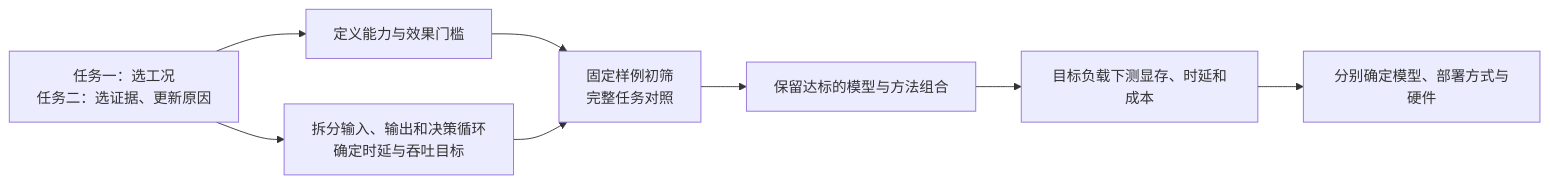
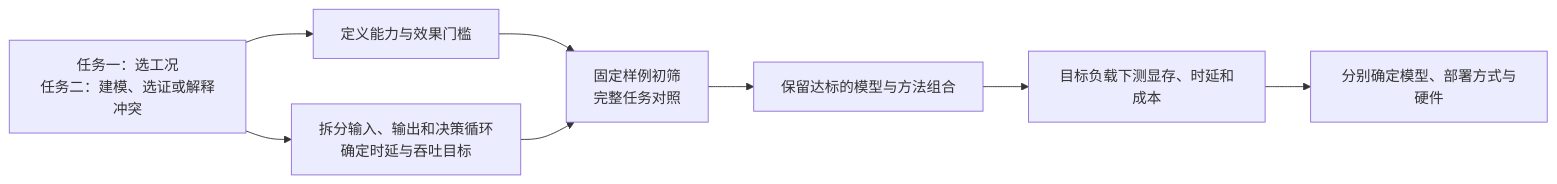
Before and after one commit to LYX2LK/Typhoon-HIL-lab-workflow: the fourth of 4 diagrams in docs/research/2026-11-11-hil-ai-selection/technical-selection.md, drawn with Mermaid. The commit also changed other lines of this file and 8 other files, not shown here.

````diff
--- a/docs/research/2026-11-11-hil-ai-selection/technical-selection.md
+++ b/docs/research/2026-11-11-hil-ai-selection/technical-selection.md
@@ -336,10 +363,10 @@
 ```mermaid
 flowchart LR
-    A["任务一：选工况<br/>任务二：选证据、更新原因"] --> B["定义能力与效果门槛"]
+    A["任务一：选工况<br/>任务二：建模、选证或解释冲突"] --> B["定义能力与效果门槛"]
     A --> C["拆分输入、输出和决策循环<br/>确定时延与吞吐目标"]
     B --> D["固定样例初筛<br/>完整任务对照"]
     C --> D
     D --> E["保留达标的模型与方法组合"]
     E --> F["目标负载下测显存、时延和成本"]
     F --> G["分别确定模型、部署方式与硬件"]
 ```
````
